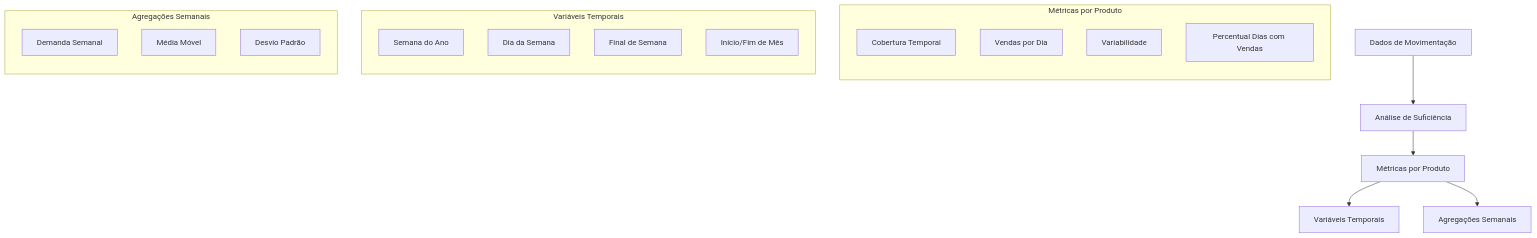
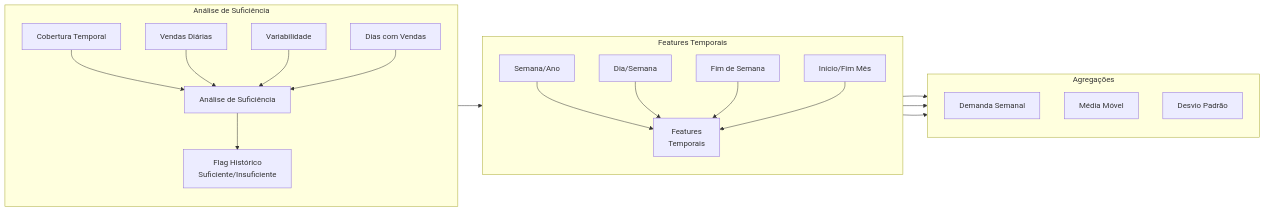
Before and after one commit to edi414/mvp2_graduate: the third of 3 diagrams in README.md, drawn with Mermaid. The commit also changed other lines of this file, not shown here.

````diff
--- a/README.md
+++ b/README.md
@@ -105,30 +105,33 @@
   ```mermaid
-  flowchart TD
-      A[Dados de Movimentação] --> B[Análise de Suficiência]
-      B --> C[Métricas por Produto]
-      C --> D[Variáveis Temporais]
-      C --> E[Agregações Semanais]
-      
-      subgraph "Métricas por Produto"
-          direction TB
-          C1[Cobertura Temporal]
-          C2[Vendas por Dia]
-          C3[Variabilidade]
-          C4[Percentual Dias com Vendas]
-      end
-      
-      subgraph "Variáveis Temporais"
-          direction TB
-          D1[Semana do Ano]
-          D2[Dia da Semana]
-          D3[Final de Semana]
-          D4[Início/Fim de Mês]
-      end
-      
-      subgraph "Agregações Semanais"
-          direction TB
-          E1[Demanda Semanal]
-          E2[Média Móvel]
-          E3[Desvio Padrão]
-      end
+  graph LR
+    subgraph Análise de Suficiência
+        direction TB
+        CT[Cobertura Temporal]
+        VD[Vendas Diárias]
+        VB[Variabilidade]
+        DV[Dias com Vendas]
+        
+        CT & VD & VB & DV --> AS[Análise de Suficiência]
+        AS --> FH[Flag Histórico<br>Suficiente/Insuficiente]
+    end
+
+    subgraph Features Temporais
+        direction TB
+        SA[Semana/Ano]
+        DS[Dia/Semana]
+        FS[Fim de Semana]
+        IM[Início/Fim Mês]
+        
+        SA & DS & FS & IM --> FT[Features<br>Temporais]
+    end
+
+    subgraph Agregações
+        direction TB
+        DM[Demanda Semanal]
+        MM[Média Móvel]
+        DP[Desvio Padrão]
+    end
+
+    FH --> FT
+    FT --> DM & MM & DP
   ```
````
